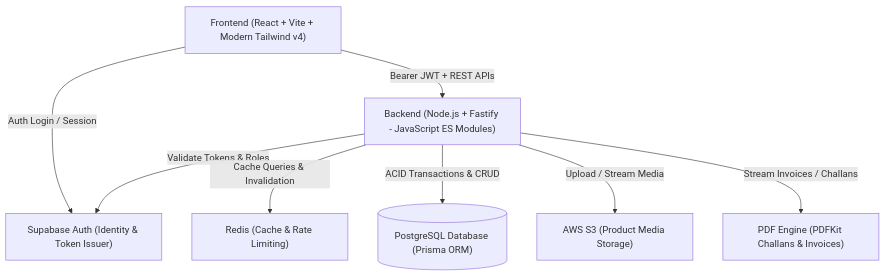
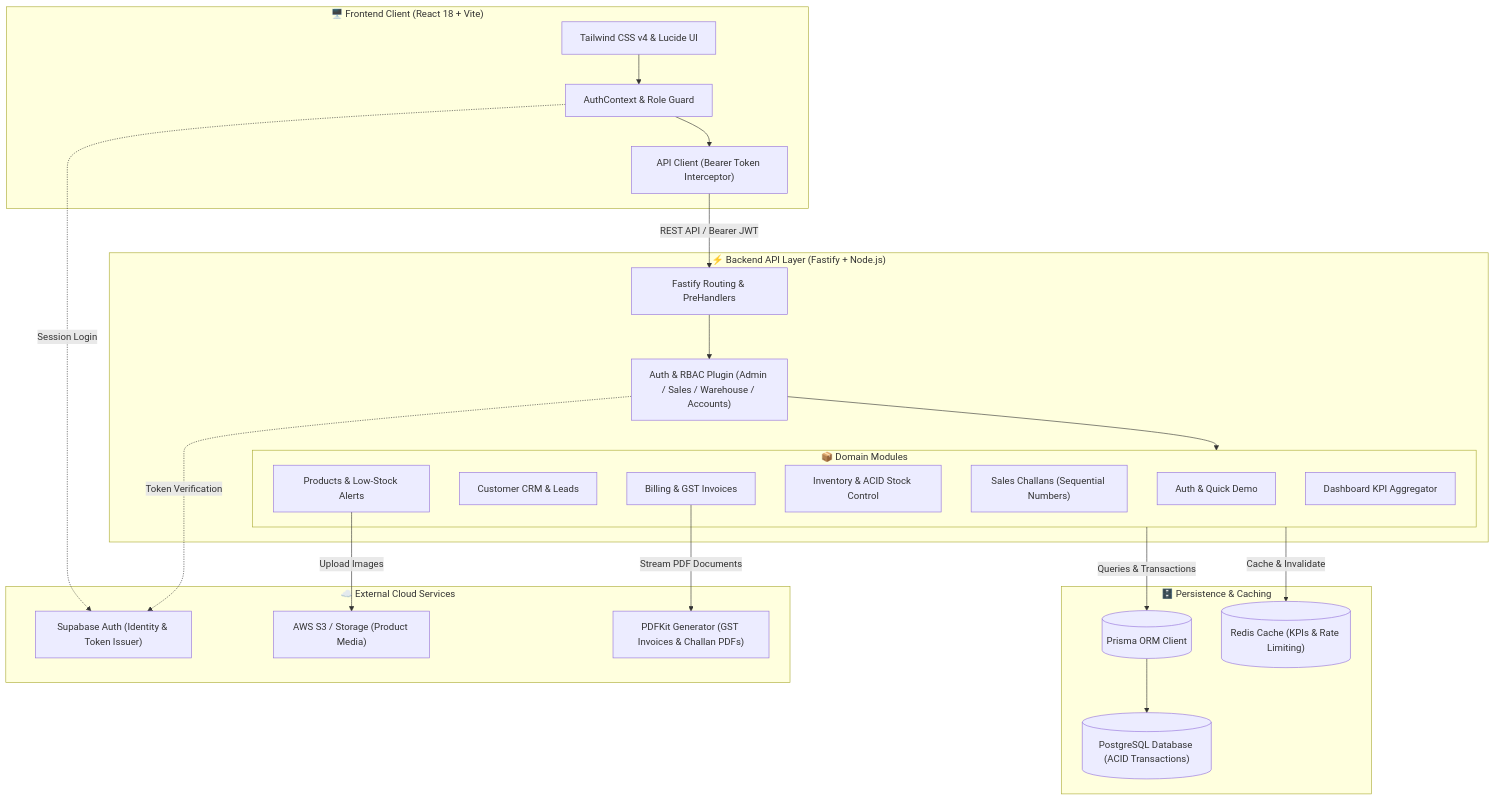
One commit to Notreallyaryann/ApexERP changed the diagram in README.md. Above: the diagram before and after it, drawn with Mermaid.

````diff
--- a/README.md
+++ b/README.md
@@ -23,18 +23,49 @@
 ```mermaid
-graph TD
-    Client["Frontend (React + Vite + Modern Tailwind v4)"]
-    SupabaseAuth["Supabase Auth (Identity & Token Issuer)"]
-    FastifyAPI["Backend (Node.js + Fastify - JavaScript ES Modules)"]
-    Redis["Redis (Cache & Rate Limiting)"]
-    Postgres[("PostgreSQL Database (Prisma ORM)")]
-    S3["AWS S3 (Product Media Storage)"]
-    PDFGen["PDF Engine (PDFKit Challans & Invoices)"]
+flowchart TB
+    subgraph ClientLayer["🖥️ Frontend Client (React 18 + Vite)"]
+        UI["Tailwind CSS v4 & Lucide UI"]
+        AuthCtx["AuthContext & Role Guard"]
+        AxiosClient["API Client (Bearer Token Interceptor)"]
+        UI --> AuthCtx --> AxiosClient
+    end
 
-    Client -->|Auth Login / Session| SupabaseAuth
-    Client -->|Bearer JWT + REST APIs| FastifyAPI
-    FastifyAPI -->|Validate Tokens & Roles| SupabaseAuth
-    FastifyAPI -->|Cache Queries & Invalidation| Redis
-    FastifyAPI -->|ACID Transactions & CRUD| Postgres
-    FastifyAPI -->|Upload / Stream Media| S3
-    FastifyAPI -->|Stream Invoices / Challans| PDFGen
+    subgraph FastifyServer["⚡ Backend API Layer (Fastify + Node.js)"]
+        Router["Fastify Routing & PreHandlers"]
+        AuthPlugin["Auth & RBAC Plugin (Admin / Sales / Warehouse / Accounts)"]
+        
+        subgraph DomainModules["📦 Domain Modules"]
+            AuthMod["Auth & Quick Demo"]
+            CustMod["Customer CRM & Leads"]
+            ProdMod["Products & Low-Stock Alerts"]
+            InvMod["Inventory & ACID Stock Control"]
+            ChalMod["Sales Challans (Sequential Numbers)"]
+            InvDocMod["Billing & GST Invoices"]
+            DashMod["Dashboard KPI Aggregator"]
+        end
+
+        Router --> AuthPlugin --> DomainModules
+    end
+
+    subgraph DataCache["🗄️ Persistence & Caching"]
+        PrismaORM[("Prisma ORM Client")]
+        Postgres[("PostgreSQL Database (ACID Transactions)")]
+        RedisCache[("Redis Cache (KPIs & Rate Limiting)")]
+        
+        PrismaORM --> Postgres
+    end
+
+    subgraph ExternalServices["☁️ External Cloud Services"]
+        Supabase["Supabase Auth (Identity & Token Issuer)"]
+        S3Storage["AWS S3 / Storage (Product Media)"]
+        PDFGen["PDFKit Generator (GST Invoices & Challan PDFs)"]
+    end
+
+    %% Flow Connections
+    AxiosClient -->|REST API / Bearer JWT| Router
+    AuthCtx -.->|Session Login| Supabase
+    AuthPlugin -.->|Token Verification| Supabase
+    DomainModules -->|Queries & Transactions| PrismaORM
+    DomainModules -->|Cache & Invalidate| RedisCache
+    ProdMod -->|Upload Images| S3Storage
+    InvDocMod -->|Stream PDF Documents| PDFGen
 ```
````
